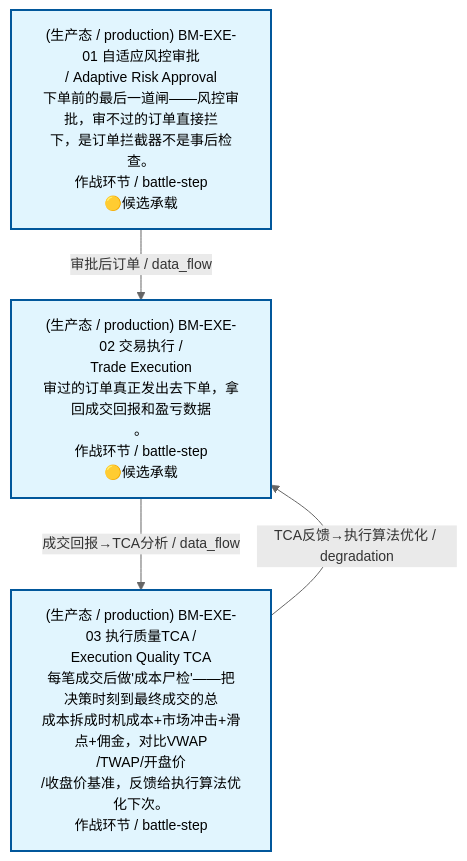
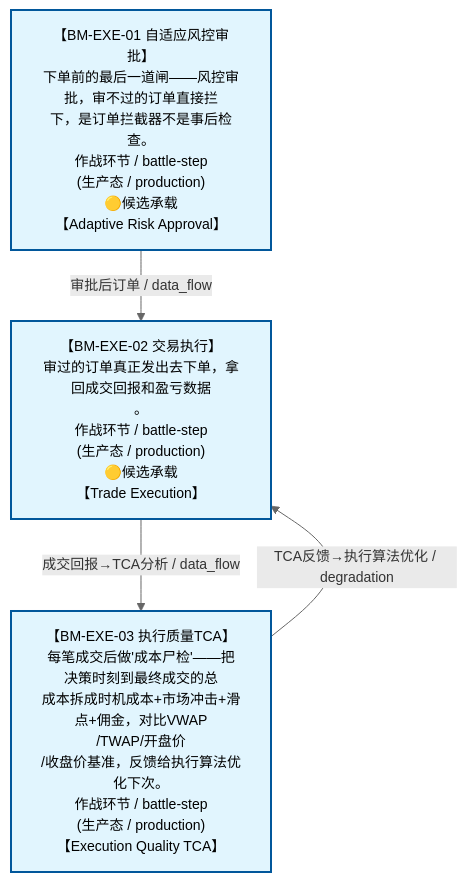
Before and after one commit to xuanFelixVan/ZephyrAlpha: the diagram in docs/02_enterprise_architecture/07_trading_decision_architecture/battle_map/battle_map_05_execution.md, drawn with Mermaid. The commit also changed 16 other files, not shown here.

````diff
--- a/docs/02_enterprise_architecture/07_trading_decision_architecture/battle_map/battle_map_05_execution.md
+++ b/docs/02_enterprise_architecture/07_trading_decision_architecture/battle_map/battle_map_05_execution.md
@@ -38,18 +38,18 @@
 ```mermaid
 %%{init: {'theme': 'base', 'themeVariables': {'primaryColor': '#eaeaea', 'primaryTextColor': '#333333', 'primaryBorderColor': '#666666', 'lineColor': '#666666', 'secondaryColor': '#eaeaea', 'tertiaryColor': '#eaeaea', 'clusterBkg': 'transparent', 'clusterBorder': 'transparent', 'fontSize': '14px'}}}%%
 %% 执行阶段图
 flowchart TD
-    BM_EXE_01["(生产态 / production) BM-EXE-01 自适应风控审批<br/>/ Adaptive Risk Approval<br/>下单前的最后一道闸——风控审批，审不过的订单直接拦<br/>下，是订单拦截器不是事后检查。<br/>作战环节 / battle-step<br/>🟡候选承载"]
-    BM_EXE_02["(生产态 / production) BM-EXE-02 交易执行 /<br/>Trade Execution<br/>审过的订单真正发出去下单，拿回成交回报和盈亏数据<br/>。<br/>作战环节 / battle-step<br/>🟡候选承载"]
-    BM_EXE_03["(生产态 / production) BM-EXE-03 执行质量TCA /<br/>Execution Quality TCA<br/>每笔成交后做'成本尸检'——把决策时刻到最终成交的总<br/>成本拆成时机成本+市场冲击+滑点+佣金，对比VWAP<br/>/TWAP/开盘价<br/>/收盘价基准，反馈给执行算法优化下次。<br/>作战环节 / battle-step"]
+    BM_EXE_01["【BM-EXE-01 自适应风控审批】<br/>下单前的最后一道闸——风控审批，审不过的订单直接拦<br/>下，是订单拦截器不是事后检查。<br/>作战环节 / battle-step<br/>(生产态 / production)<br/>🟡候选承载<br/>【Adaptive Risk Approval】"]
+    BM_EXE_02["【BM-EXE-02 交易执行】<br/>审过的订单真正发出去下单，拿回成交回报和盈亏数据<br/>。<br/>作战环节 / battle-step<br/>(生产态 / production)<br/>🟡候选承载<br/>【Trade Execution】"]
+    BM_EXE_03["【BM-EXE-03 执行质量TCA】<br/>每笔成交后做'成本尸检'——把决策时刻到最终成交的总<br/>成本拆成时机成本+市场冲击+滑点+佣金，对比VWAP<br/>/TWAP/开盘价<br/>/收盘价基准，反馈给执行算法优化下次。<br/>作战环节 / battle-step<br/>(生产态 / production)<br/>【Execution Quality TCA】"]
     BM_EXE_02 ~~~ BM_EXE_03
     BM_EXE_01 -->|审批后订单 / data_flow| BM_EXE_02
     BM_EXE_02 -->|成交回报→TCA分析 / data_flow| BM_EXE_03
     BM_EXE_03 -->|TCA反馈→执行算法优化 / degradation| BM_EXE_02
 classDef production fill:#e1f5fe,stroke:#01579b,stroke-width:2px,color:#000
 classDef design fill:#fff3e0,stroke:#e65100,stroke-width:2px,color:#000,stroke-dasharray: 5 5
 classDef deprecated fill:#ffebee,stroke:#c62828,stroke-width:2px,color:#000
 classDef missing fill:#eeeeee,stroke:#9e9e9e,stroke-width:2px,color:#000
 classDef candidate fill:#fffde7,stroke:#f9a825,stroke-width:2px,color:#000,stroke-dasharray: 5 5
     class BM_EXE_01,BM_EXE_02,BM_EXE_03 production
 ```
````
